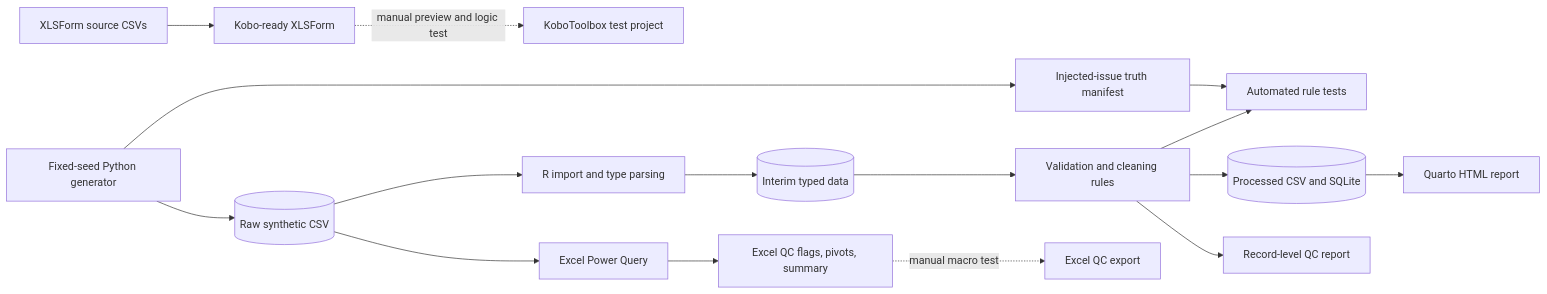
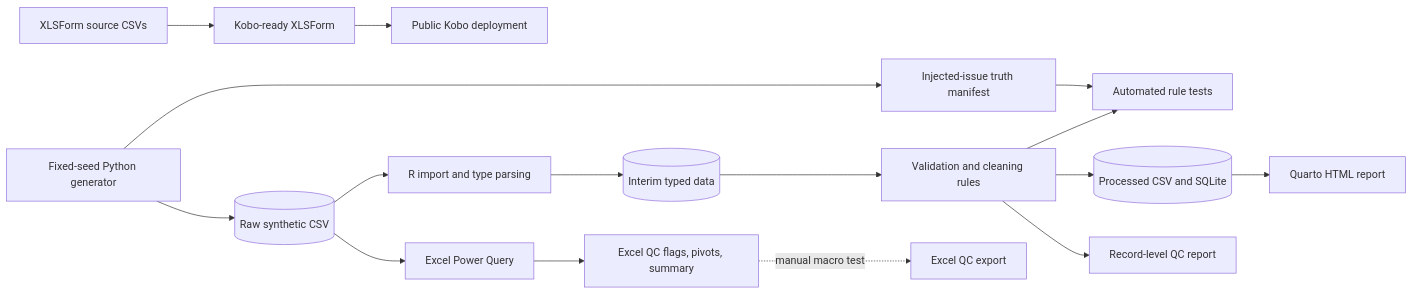
One commit to MadniAbdulWahab/impact-survey-data-quality-toolkit changed the diagram in docs/data_flow.md. Above: the diagram before and after it, drawn with Mermaid. The commit also changed other lines of this file and 3 other files, not shown here.

Commit message:
Add the public Kobo form link

````diff
--- a/docs/data_flow.md
+++ b/docs/data_flow.md
@@ -6,18 +6,18 @@
 ```mermaid
 flowchart LR
     A[XLSForm source CSVs] --> B[Kobo-ready XLSForm]
-    B -. manual preview and logic test .-> C[KoboToolbox test project]
+    B --> C[Public Kobo deployment]
     D[Fixed-seed Python generator] --> E[(Raw synthetic CSV)]
     D --> F[Injected-issue truth manifest]
     E --> G[R import and type parsing]
     G --> H[(Interim typed data)]
     H --> I[Validation and cleaning rules]
     F --> J[Automated rule tests]
     I --> J
     I --> K[(Processed CSV and SQLite)]
     I --> L[Record-level QC report]
     K --> M[Quarto HTML report]
     E --> N[Excel Power Query]
     N --> O[Excel QC flags, pivots, summary]
     O -. manual macro test .-> P[Excel QC export]
 ```
````
